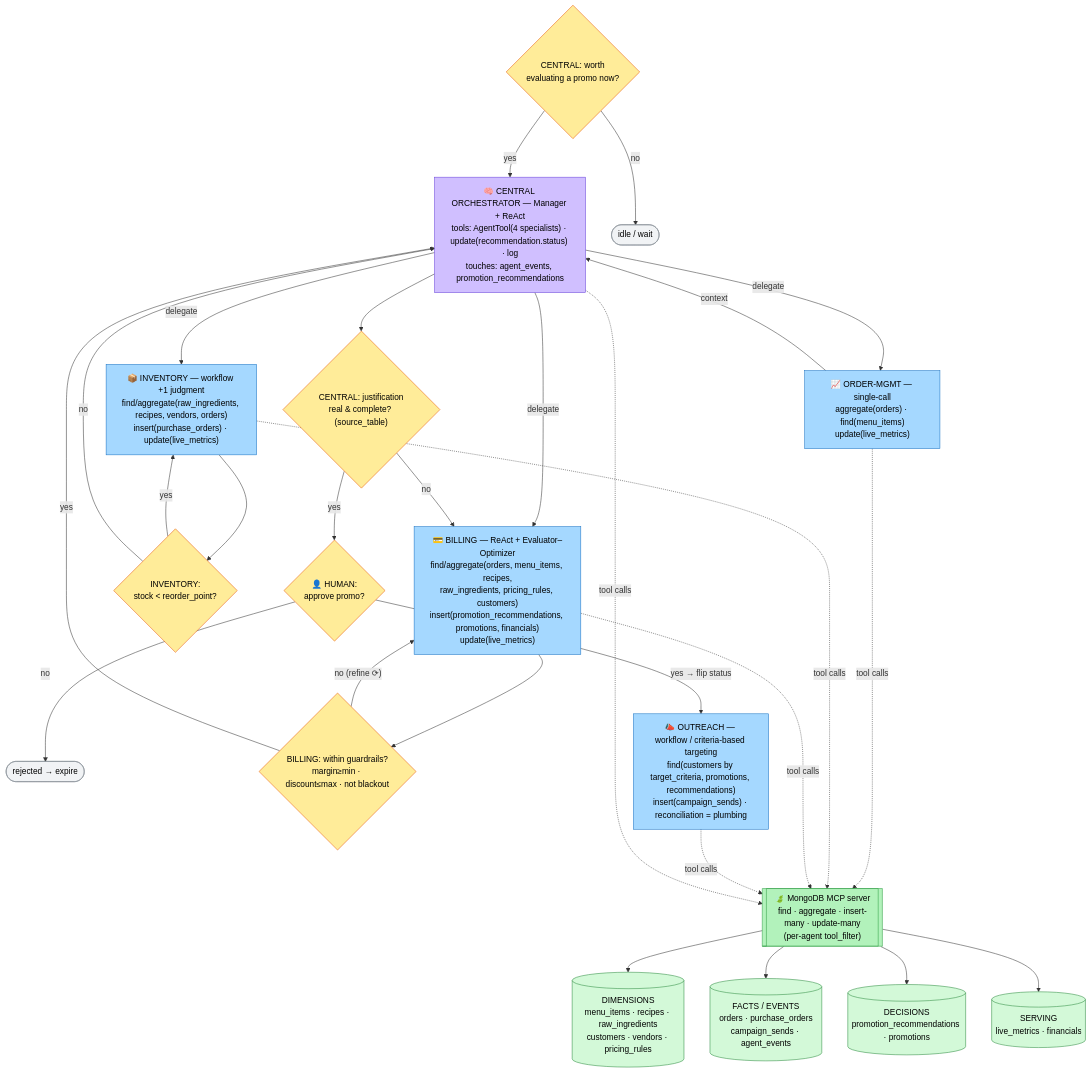
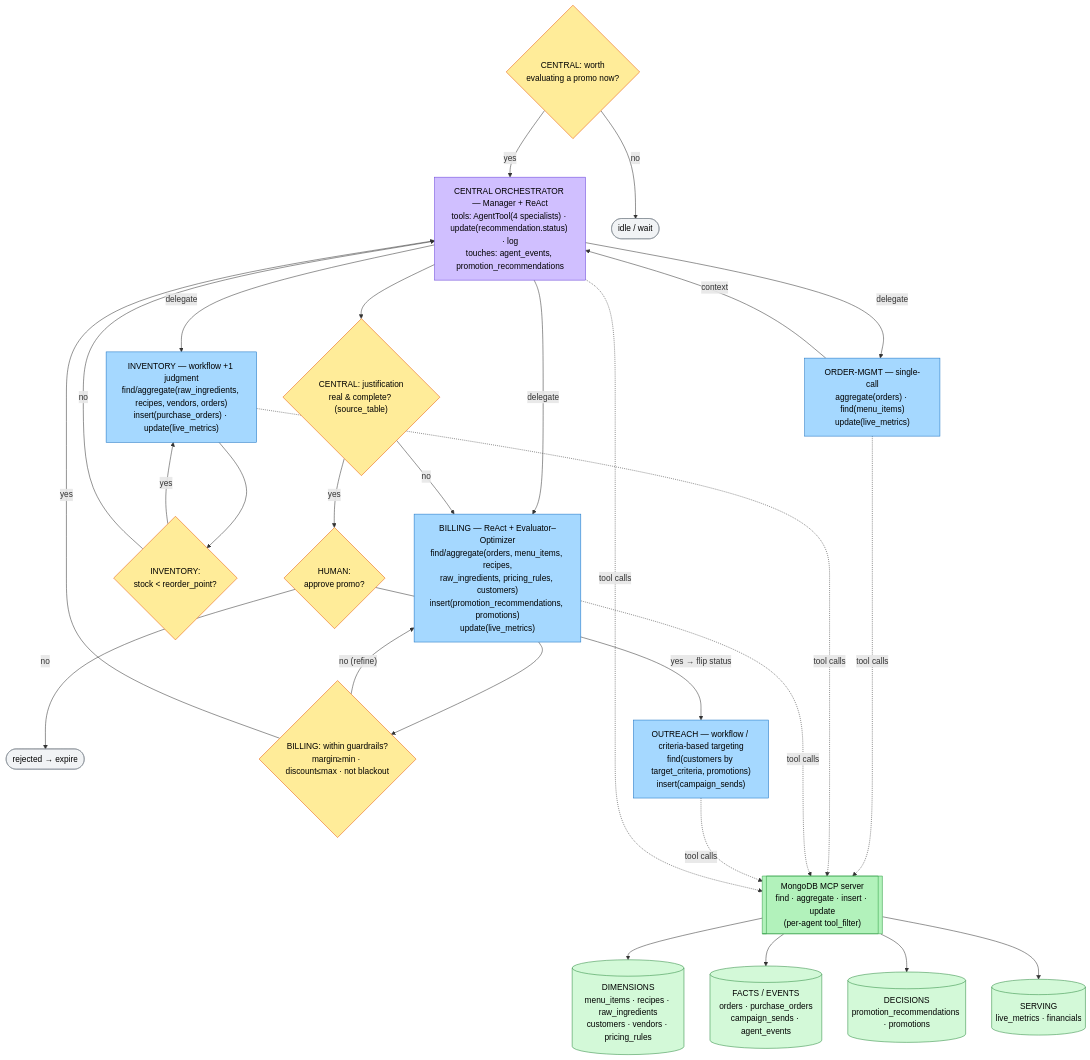
One commit to karthikuppuluri/restaurant_gm_agent changed the diagram in README.md. Above: the diagram before and after it, drawn with Mermaid. The commit also changed other lines of this file and 1 other file, not shown here.

````diff
--- a/README.md
+++ b/README.md
@@ -114,62 +63,57 @@
 ```mermaid
 flowchart TB
   classDef agent fill:#a5d8ff,stroke:#1971c2,color:#000;
   classDef central fill:#d0bfff,stroke:#6741d9,color:#000;
   classDef decision fill:#ffec99,stroke:#e8590c,color:#000;
   classDef data fill:#d3f9d8,stroke:#2b8a3e,color:#000;
   classDef mcp fill:#b2f2bb,stroke:#2f9e44,color:#000;
   classDef term fill:#f1f3f5,stroke:#868e96,color:#000;
 
-  %% ---- orchestration + decisions ----
   TRIG{"CENTRAL: worth<br/>evaluating a promo now?"}:::decision
-  CENTRAL["🧠 CENTRAL ORCHESTRATOR — Manager + ReAct<br/>tools: AgentTool(4 specialists) · update(recommendation.status) · log<br/>touches: agent_events, promotion_recommendations"]:::central
-  QGATE{"CENTRAL: justification<br/>real &amp; complete? (source_table)"}:::decision
-  APPROVE{"👤 HUMAN:<br/>approve promo?"}:::decision
+  CENTRAL["CENTRAL ORCHESTRATOR — Manager + ReAct<br/>tools: AgentTool(4 specialists) · update(recommendation.status) · log<br/>touches: agent_events, promotion_recommendations"]:::central
+  QGATE{"CENTRAL: justification<br/>real & complete? (source_table)"}:::decision
+  APPROVE{"HUMAN:<br/>approve promo?"}:::decision
   IDLE([idle / wait]):::term
   REJECT([rejected → expire]):::term
 
-  %% ---- sub-agents: tool calls -> data sources ----
-  ORD["📈 ORDER-MGMT — single-call<br/>aggregate(orders) · find(menu_items)<br/>update(live_metrics)"]:::agent
-  INV["📦 INVENTORY — workflow +1 judgment<br/>find/aggregate(raw_ingredients, recipes, vendors, orders)<br/>insert(purchase_orders) · update(live_metrics)"]:::agent
-  REORDER{"INVENTORY:<br/>stock &lt; reorder_point?"}:::decision
-  BIL["💳 BILLING — ReAct + Evaluator–Optimizer<br/>find/aggregate(orders, menu_items, recipes,<br/>raw_ingredients, pricing_rules, customers)<br/>insert(promotion_recommendations, promotions, financials)<br/>update(live_metrics)"]:::agent
+  ORD["ORDER-MGMT — single-call<br/>aggregate(orders) · find(menu_items)<br/>update(live_metrics)"]:::agent
+  INV["INVENTORY — workflow +1 judgment<br/>find/aggregate(raw_ingredients, recipes, vendors, orders)<br/>insert(purchase_orders) · update(live_metrics)"]:::agent
+  REORDER{"INVENTORY:<br/>stock < reorder_point?"}:::decision
+  BIL["BILLING — ReAct + Evaluator–Optimizer<br/>find/aggregate(orders, menu_items, recipes,<br/>raw_ingredients, pricing_rules, customers)<br/>insert(promotion_recommendations, promotions)<br/>update(live_metrics)"]:::agent
   FEAS{"BILLING: within guardrails?<br/>margin≥min · discount≤max · not blackout"}:::decision
-  OUT["📣 OUTREACH — workflow / criteria-based targeting<br/>find(customers by target_criteria, promotions, recommendations)<br/>insert(campaign_sends) · reconciliation = plumbing"]:::agent
+  OUT["OUTREACH — workflow / criteria-based targeting<br/>find(customers by target_criteria, promotions)<br/>insert(campaign_sends)"]:::agent
 
-  %% ---- data access layer ----
-  MCP[["🍃 MongoDB MCP server<br/>find · aggregate · insert-many · update-many<br/>(per-agent tool_filter)"]]:::mcp
+  MCP[["MongoDB MCP server<br/>find · aggregate · insert · update<br/>(per-agent tool_filter)"]]:::mcp
   DIM[("DIMENSIONS<br/>menu_items · recipes · raw_ingredients<br/>customers · vendors · pricing_rules")]:::data
   FACT[("FACTS / EVENTS<br/>orders · purchase_orders<br/>campaign_sends · agent_events")]:::data
   DEC[("DECISIONS<br/>promotion_recommendations · promotions")]:::data
   SERV[("SERVING<br/>live_metrics · financials")]:::data
 
-  %% ---- control flow + decisions ----
   TRIG -- no --> IDLE
   TRIG -- yes --> CENTRAL
   CENTRAL -- delegate --> ORD
   CENTRAL -- delegate --> INV
   CENTRAL -- delegate --> BIL
   ORD -- context --> CENTRAL
   INV --> REORDER
   REORDER -- yes --> INV
   REORDER -- no --> CENTRAL
   BIL --> FEAS
-  FEAS -- "no (refine ⟳)" --> BIL
+  FEAS -- "no (refine)" --> BIL
   FEAS -- yes --> CENTRAL
   CENTRAL --> QGATE
   QGATE -- no --> BIL
   QGATE -- yes --> APPROVE
   APPROVE -- no --> REJECT
   APPROVE -- "yes → flip status" --> OUT
 
-  %% ---- tool calls reach data sources via MCP ----
   ORD -. tool calls .-> MCP
   INV -. tool calls .-> MCP
   BIL -. tool calls .-> MCP
   OUT -. tool calls .-> MCP
   CENTRAL -. tool calls .-> MCP
   MCP --> DIM
   MCP --> FACT
   MCP --> DEC
   MCP --> SERV
 ```
````
